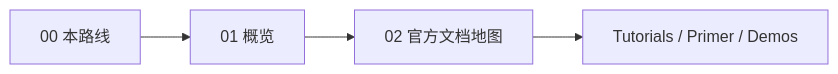
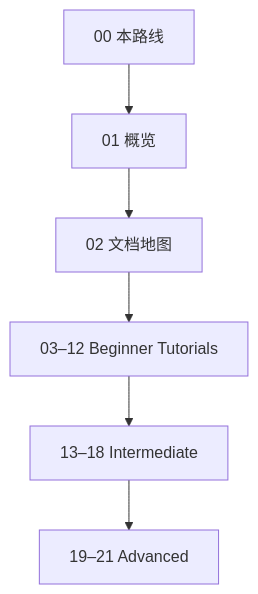
Before and after one commit to yushun-feng/anonymous-fys: the diagram in notes/opensource/ompl/00-roadmap.md, drawn with Mermaid. The commit also changed other lines of this file and 29 other files, not shown here.

````diff
--- a/notes/opensource/ompl/00-roadmap.md
+++ b/notes/opensource/ompl/00-roadmap.md
@@ -31,6 +31,8 @@
 ```mermaid
-flowchart LR
+flowchart TB
   R[00 本路线] --> O[01 概览]
-  O --> D[02 官方文档地图]
-  D --> Up[Tutorials / Primer / Demos]
+  O --> D[02 文档地图]
+  D --> B[03–12 Beginner Tutorials]
+  B --> I[13–18 Intermediate]
+  I --> A[19–21 Advanced]
 ```
````
